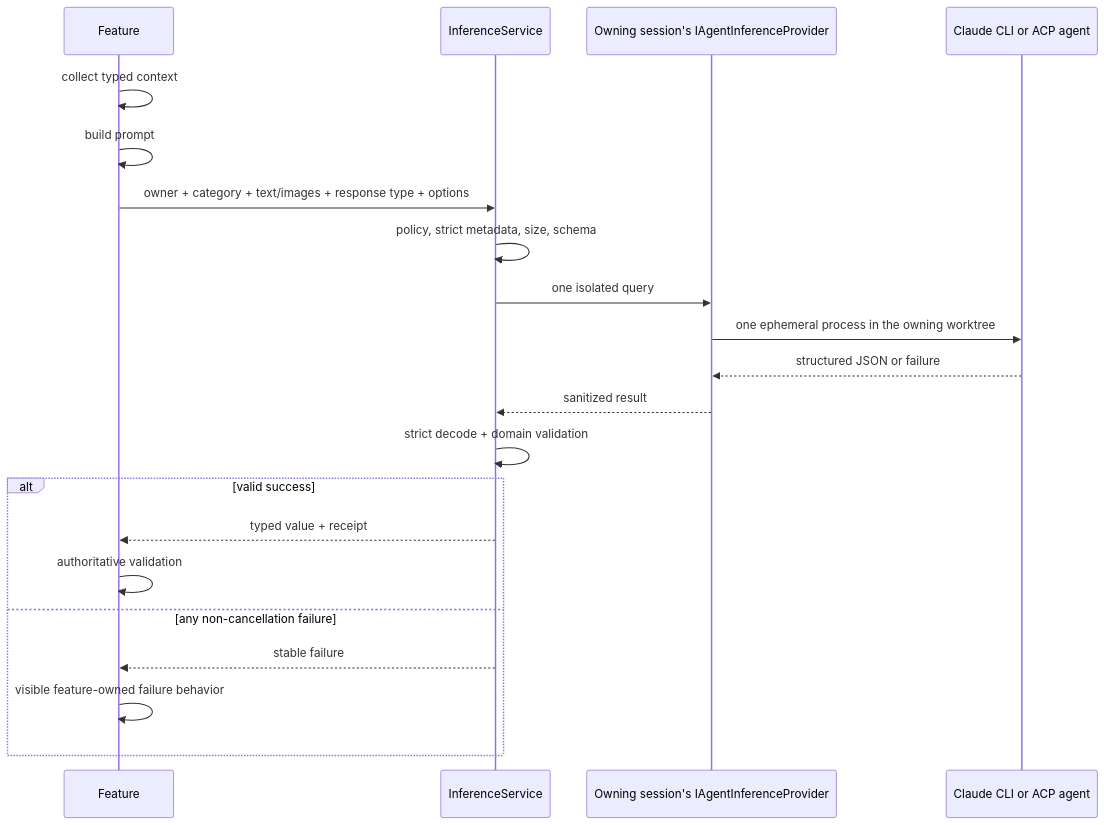
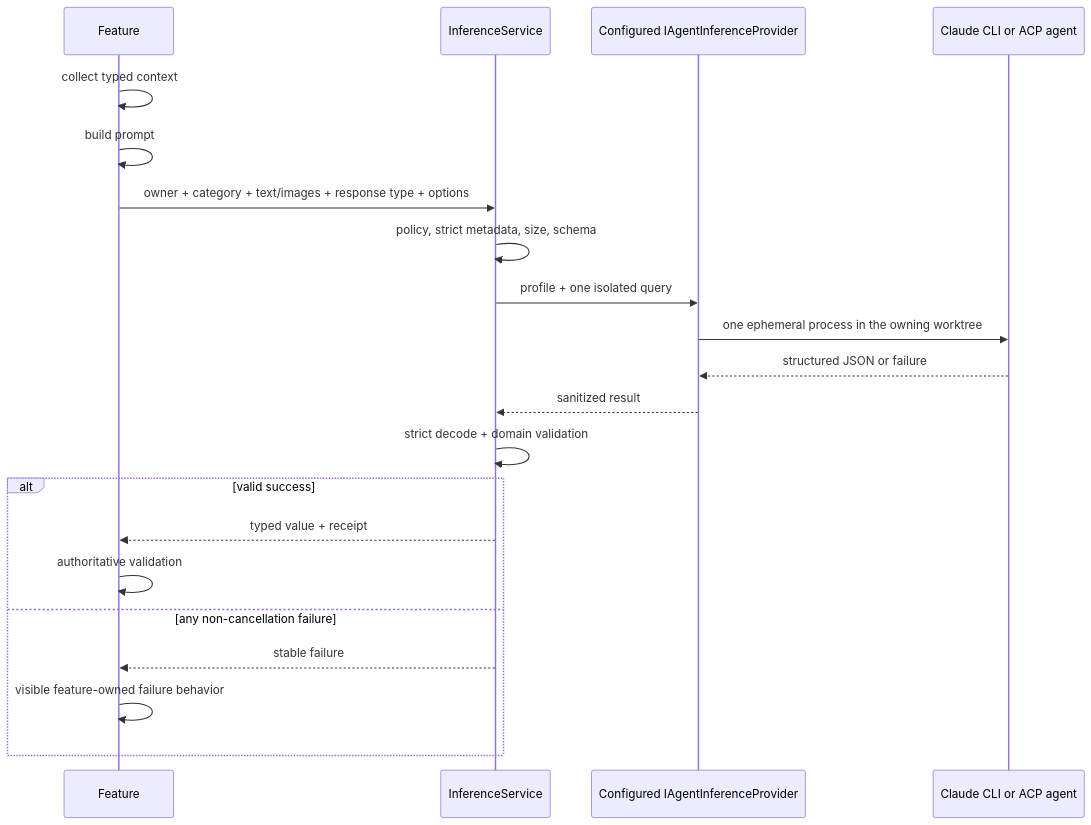
One commit to Kapps/weavie changed the diagram in docs/specs/ad-hoc-inference.md. Above: the diagram before and after it, drawn with Mermaid. The commit also changed other lines of this file and 35 other files, not shown here.

Commit message:
Configure the default inference provider

````diff
--- a/docs/specs/ad-hoc-inference.md
+++ b/docs/specs/ad-hoc-inference.md
@@ -130,24 +152,24 @@
 ```mermaid
 sequenceDiagram
     participant F as Feature
     participant S as InferenceService
-    participant A as Owning session's IAgentInferenceProvider
+    participant A as Configured IAgentInferenceProvider
     participant C as Claude CLI or ACP agent
 
     F->>F: collect typed context
     F->>F: build prompt
     F->>S: owner + category + text/images + response type + options
     S->>S: policy, strict metadata, size, schema
-    S->>A: one isolated query
+    S->>A: profile + one isolated query
     A->>C: one ephemeral process in the owning worktree
     C-->>A: structured JSON or failure
     A-->>S: sanitized result
     S->>S: strict decode + domain validation
     alt valid success
         S-->>F: typed value + receipt
         F->>F: authoritative validation
     else any non-cancellation failure
         S-->>F: stable failure
         F->>F: visible feature-owned failure behavior
     end
 ```
````
